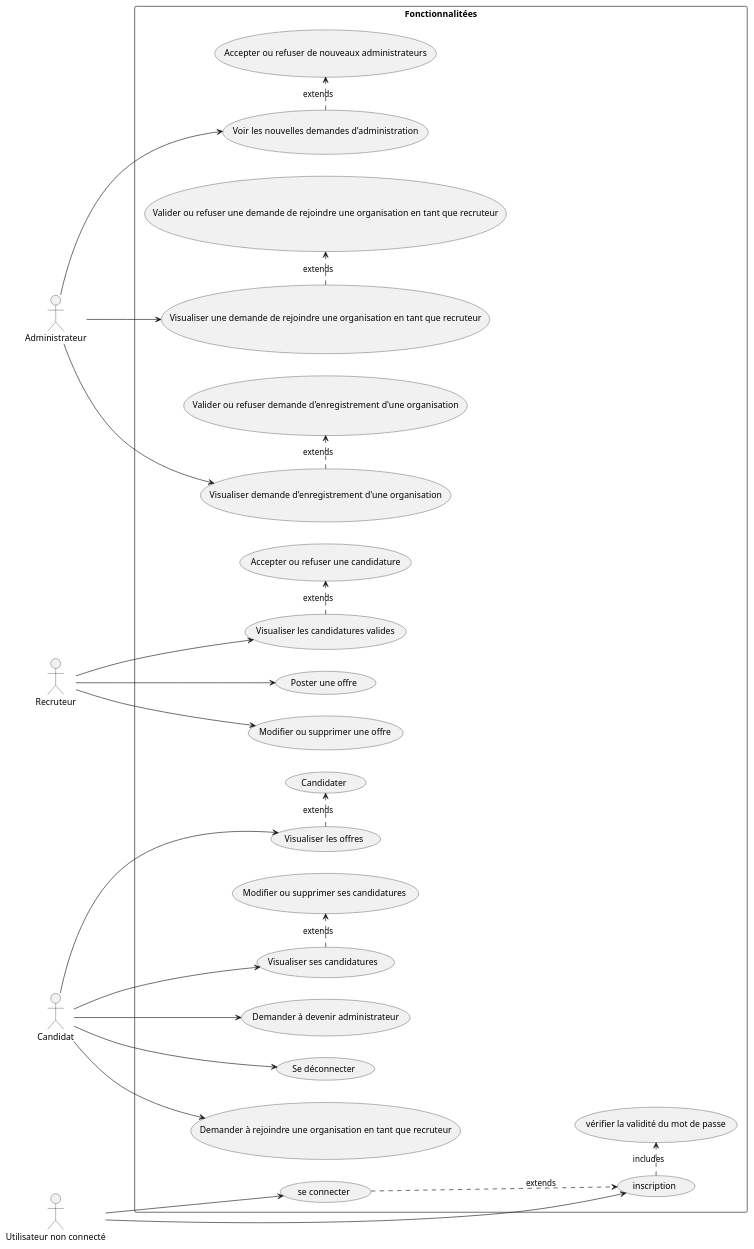
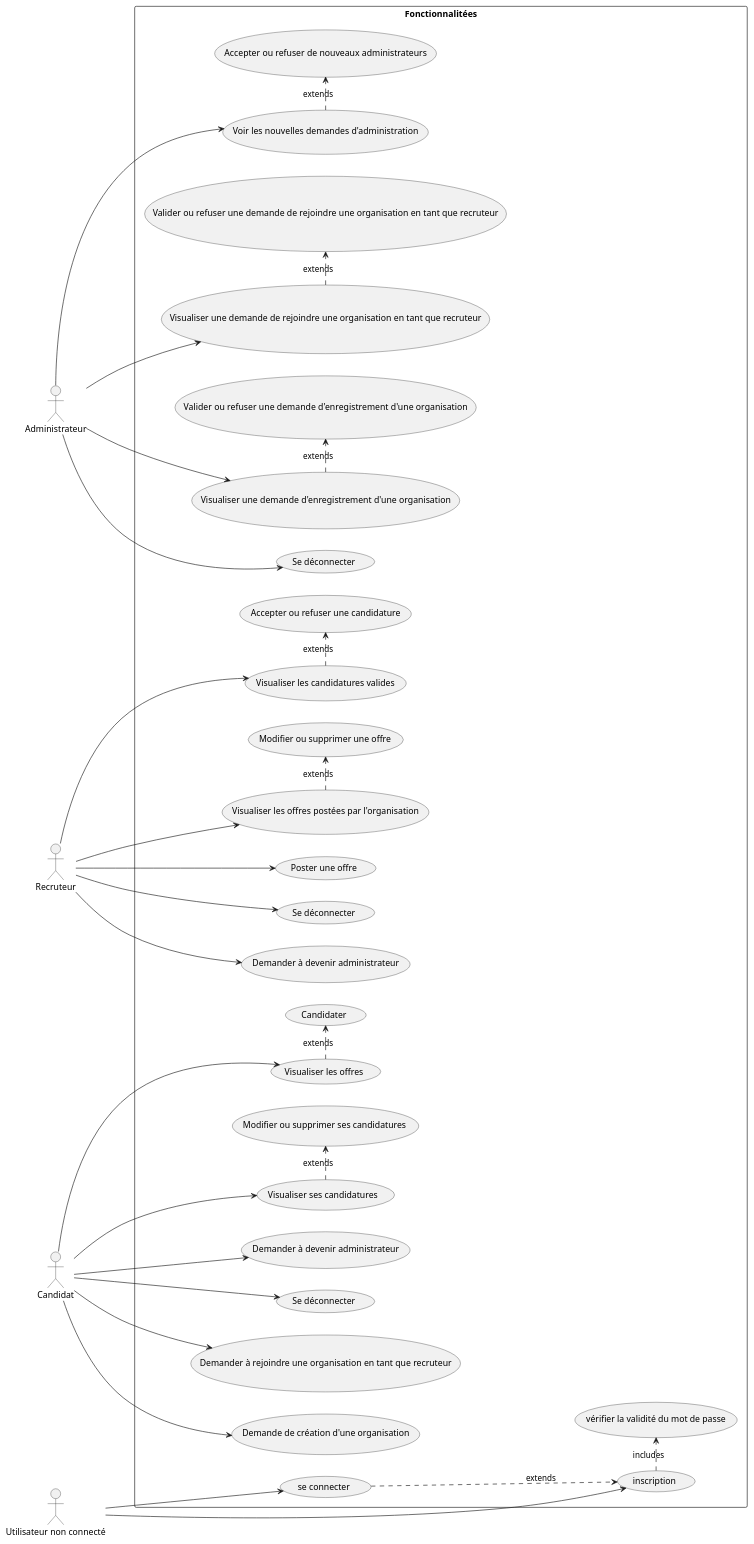
Before and after one commit to alexandreeberhardt/SR10_Website: the diagram in models/usecase.puml, drawn with PlantUML.

Commit message:
modified usecase

```diff
--- a/models/usecase.puml
+++ b/models/usecase.puml
@@ -1,56 +1,69 @@
 @startuml
 
 
 
 left to right direction
 rectangle Fonctionnalitées {
 "Accepter ou refuser une candidature" as (f1)
 "Poster une offre" as (f2)
 "Visualiser les offres" as (f3)
 "se connecter" as (f4)
 "inscription" as (f7)
 "Accepter ou refuser de nouveaux administrateurs" as (f5)
 "Demander à devenir administrateur" as (f6)
 "vérifier la validité du mot de passe" as (f8)
 "Voir les nouvelles demandes d'administration" as (f9)
 "Candidater" as (f10)
 "Se déconnecter" as (f11)
 "Visualiser les candidatures valides" as (f12)
-"Modifier ou supprimer une offre" as (f13)
-"Valider ou refuser demande d'enregistrement d'une organisation" as (f14)
-"Visualiser demande d'enregistrement d'une organisation" as (f22)
+"Visualiser les offres postées par l'organisation" as (f13)
+"Valider ou refuser une demande d'enregistrement d'une organisation" as (f14)
+"Visualiser une demande d'enregistrement d'une organisation" as (f22)
 "Visualiser une demande de rejoindre une organisation en tant que recruteur" as (f15)
 "Valider ou refuser une demande de rejoindre une organisation en tant que recruteur" as (f16)
 "Demander à rejoindre une organisation en tant que recruteur" as (f17)
 "Visualiser ses candidatures " as (f18)
 "Modifier ou supprimer ses candidatures " as (f19)
+"Modifier ou supprimer une offre" as (f20)
+"Se déconnecter" as (f23)
+"Se déconnecter" as (f24)
+"Demander à devenir administrateur" as (f25)
+"Demande de création d'une organisation" as (f26)
+
 
 
 
 (f4) ..> (f7) : extends
 (f7) .> (f8) : includes
 (f9) .> (f5) : extends
 (f3) .> (f10) :extends
 (f12) .> (f1) : extends
 (f15) .> (f16) : extends
 (f18) .> (f19) : extends
 (f22) .> (f14) : extends
-
+(f13) .> (f20) : extends
 
 }
 :Administrateur: --> (f9)
 :Administrateur: --> (f22)
 :Administrateur: --> (f15)
+:Administrateur: --> (f23)
+
 :Recruteur: --> (f2)
 :Recruteur: --> (f12)
 :Recruteur: --> (f13)
+:Recruteur: --> (f24)
+:Recruteur: --> (f25)
+
 :Candidat: --> (f6)
 :Candidat: --> (f3)
 :Candidat: --> (f11)
 :Candidat: --> (f17)
 :Candidat: --> (f18)
+:Candidat: --> (f26)
+
 :Utilisateur non connecté: --> (f7)
 :Utilisateur non connecté: --> (f4)
 
 
 @enduml
```
